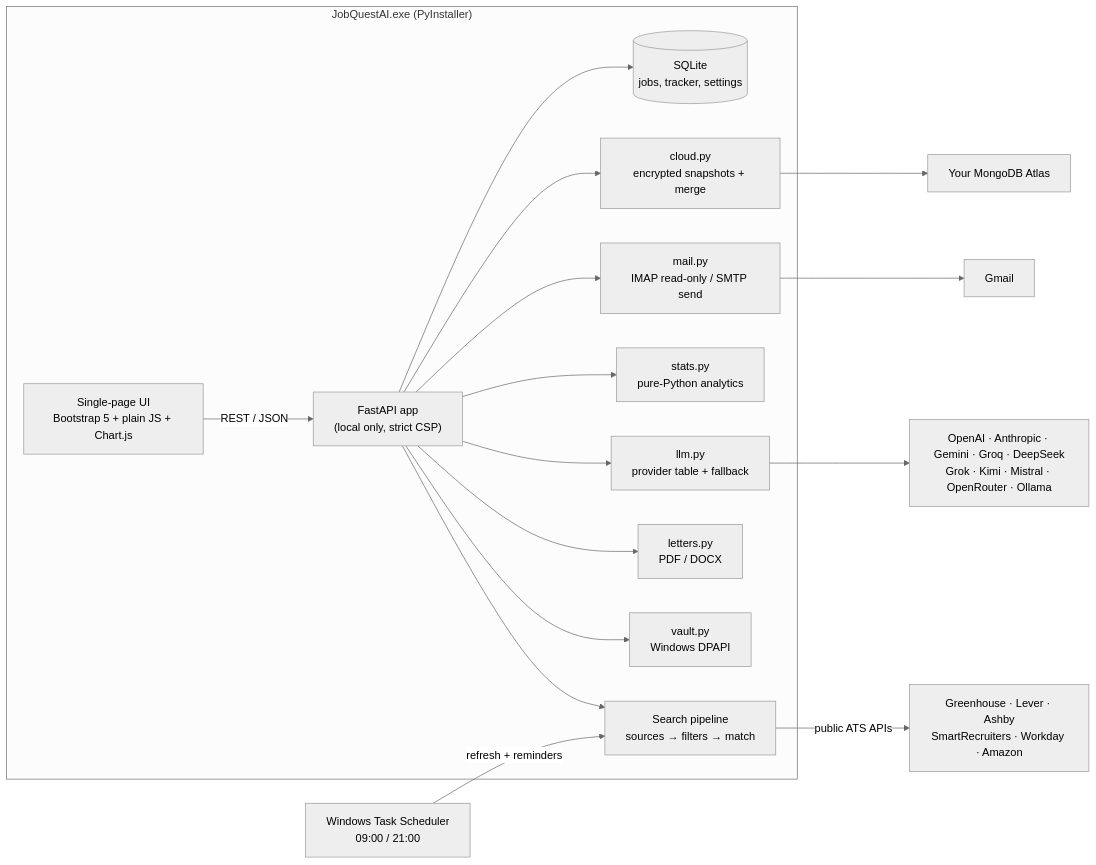
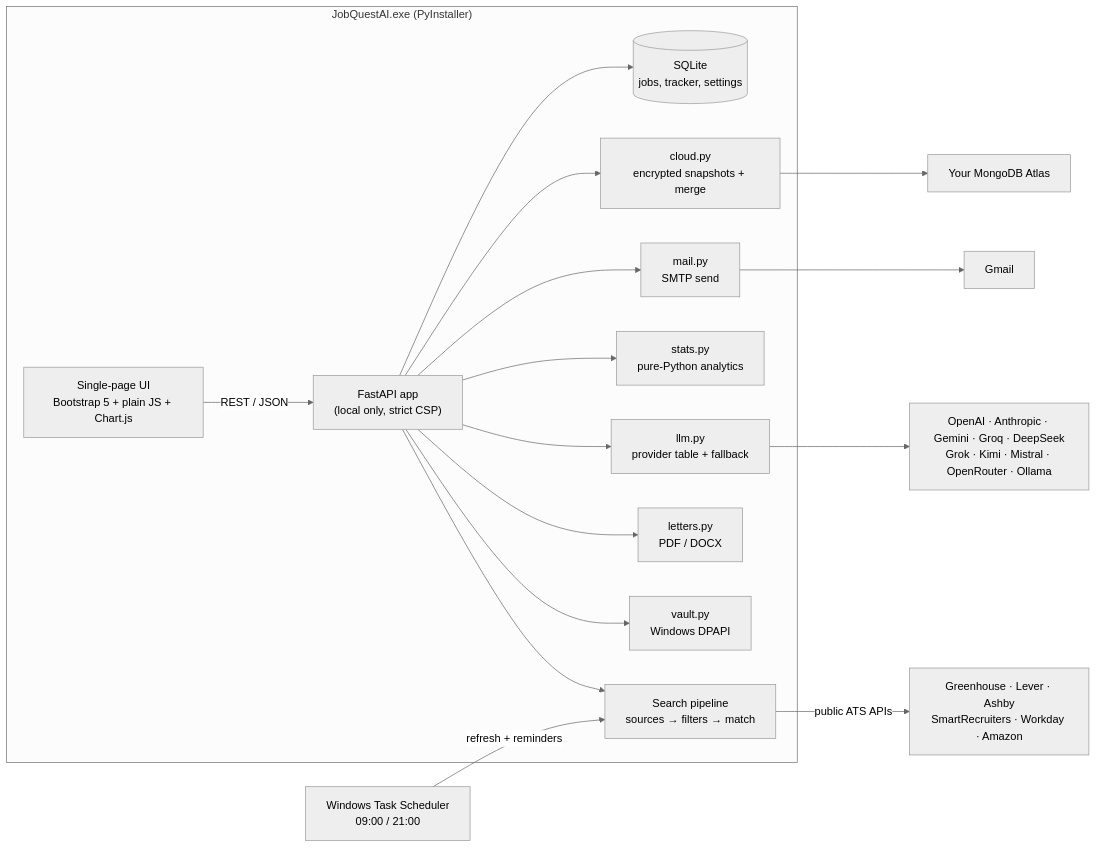
The first of 2 diagrams in README.md (striderzz/JobQuest.AI), drawn with Mermaid (neutral theme) before and after one commit. The commit also changed other lines of this file and 33 other files, not shown here.

First line of the commit message:
New design system, any-chart oracle, simpler single-user app

````diff
--- a/README.md
+++ b/README.md
@@ -147,19 +151,19 @@
 ```mermaid
 flowchart LR
   subgraph Desktop["JobQuestAI.exe (PyInstaller)"]
     UI["Single-page UI<br/>Bootstrap 5 + plain JS + Chart.js"] -->|REST / JSON| API["FastAPI app<br/>(local only, strict CSP)"]
     API --> DB[("SQLite<br/>jobs, tracker, settings")]
     API --> PIPE["Search pipeline<br/>sources → filters → match"]
     API --> LLM["llm.py<br/>provider table + fallback"]
     API --> STATS["stats.py<br/>pure-Python analytics"]
-    API --> MAIL["mail.py<br/>IMAP read-only / SMTP send"]
+    API --> MAIL["mail.py<br/>SMTP send"]
     API --> LET["letters.py<br/>PDF / DOCX"]
     API --> VAULT["vault.py<br/>Windows DPAPI"]
     API --> CLOUD["cloud.py<br/>encrypted snapshots + merge"]
   end
   CLOUD --> ATLAS["Your MongoDB Atlas"]
   PIPE -->|public ATS APIs| BOARDS["Greenhouse · Lever · Ashby<br/>SmartRecruiters · Workday · Amazon"]
   LLM --> PROVIDERS["OpenAI · Anthropic · Gemini · Groq · DeepSeek<br/>Grok · Kimi · Mistral · OpenRouter · Ollama"]
   MAIL --> GMAIL["Gmail"]
   SCHED["Windows Task Scheduler<br/>09:00 / 21:00"] -->|refresh + reminders| PIPE
 ```
````
